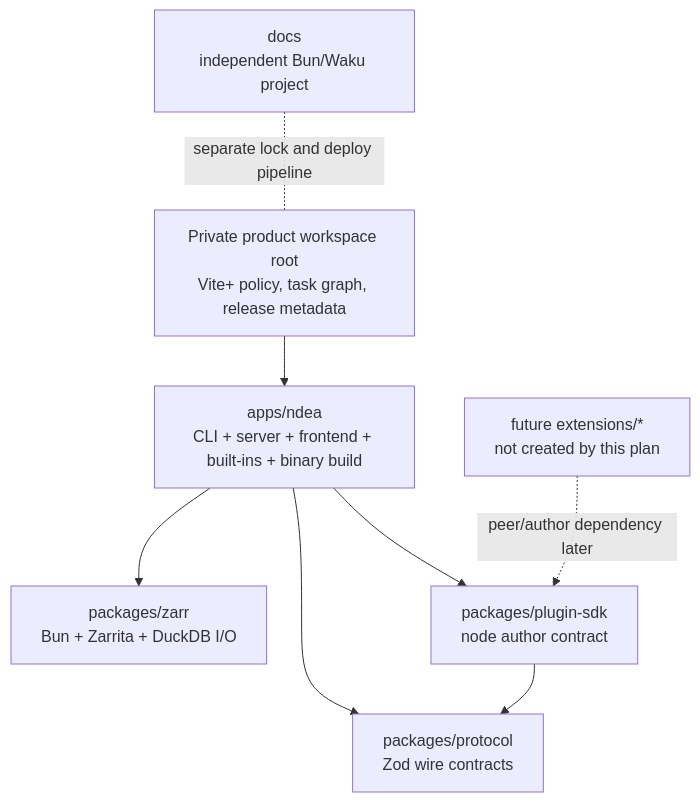
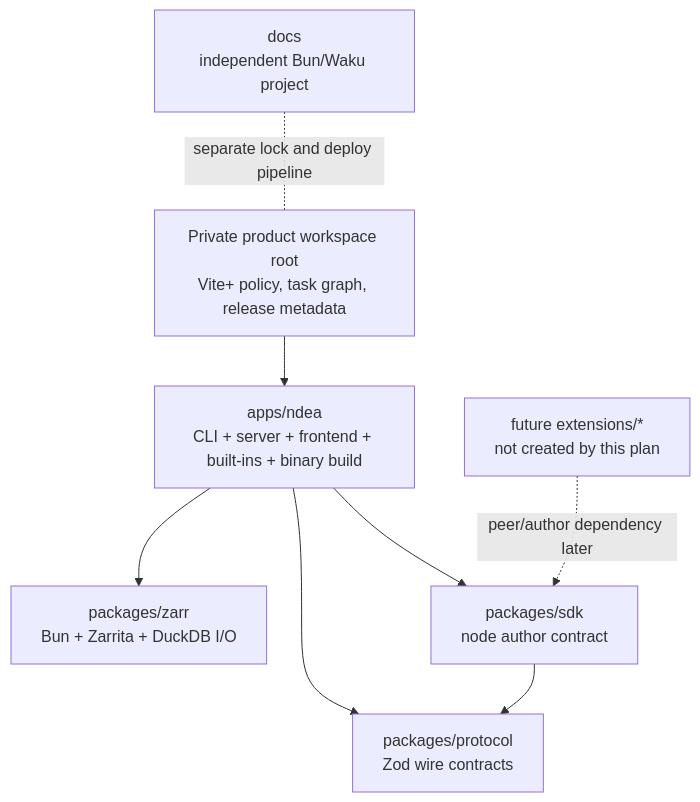
The first of 2 diagrams in docs/plans/2026-07-11-001-refactor-vite-plus-monorepo-plan.md (czbiohub-sf/nd-embedding-atlas), drawn with Mermaid before and after one commit. The commit also changed other lines of this file and 750 other files, not shown here.

````diff
--- a/docs/plans/2026-07-11-001-refactor-vite-plus-monorepo-plan.md
+++ b/docs/plans/2026-07-11-001-refactor-vite-plus-monorepo-plan.md
@@ -75,18 +75,18 @@
 ```mermaid
 flowchart TB
     Root[Private product workspace root\nVite+ policy, task graph, release metadata]
     Docs[docs\nindependent Bun/Waku project]
     App[apps/ndea\nCLI + server + frontend + built-ins + binary build]
     Protocol[packages/protocol\nZod wire contracts]
     Zarr[packages/zarr\nBun + Zarrita + DuckDB I/O]
-    SDK[packages/plugin-sdk\nnode author contract]
+    SDK[packages/sdk\nnode author contract]
     Future[future extensions/*\nnot created by this plan]
 
     Root --> App
     App --> Protocol
     App --> Zarr
     App --> SDK
     SDK --> Protocol
     Future -. peer/author dependency later .-> SDK
     Docs -. separate lock and deploy pipeline .- Root
 ```
````
